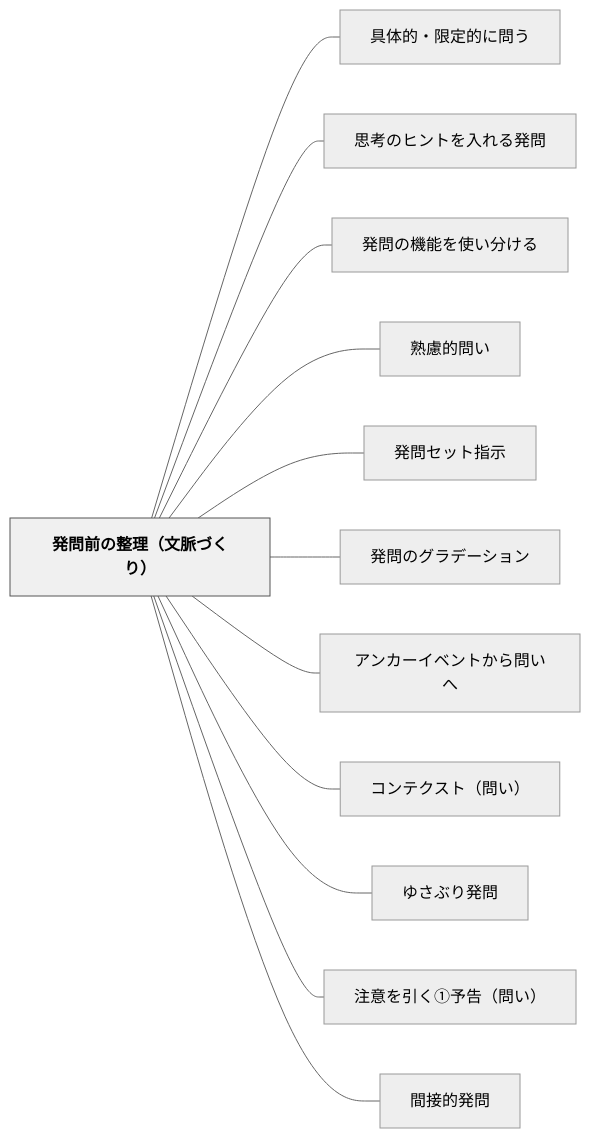
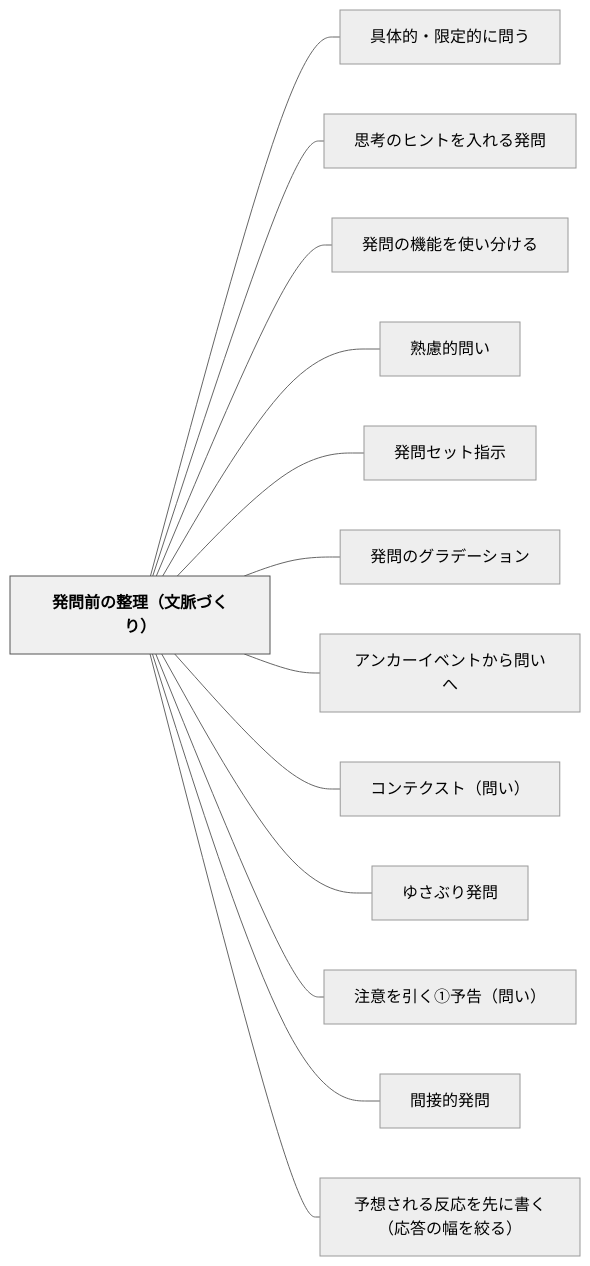
Before and after one commit to unknownthings-ed-patterns/unknownthings-ed-patterns: the diagram in content/パタン/発問前の整理（文脈づくり）.md, drawn with Mermaid (neutral theme). The commit also changed other lines of this file and 84 other files, not shown here.

````diff
--- a/content/パタン/発問前の整理（文脈づくり）.md
+++ b/content/パタン/発問前の整理（文脈づくり）.md
@@ -81,30 +83,32 @@
 ```mermaid
 flowchart LR
     ne799bae5958fe5898de381aee695b4e79086efbc88e69687e88488e381a5e3818fe3828aefbc89["発問前の整理（文脈づくり）"]
     ne585b7e4bd93e79a84e383bbe99990e5ae9ae79a84e381abe5958fe38186["具体的・限定的に問う"]
     ne6809de88083e381aee38392e383b3e38388e38292e585a5e3828ce3828be799bae5958f["思考のヒントを入れる発問"]
     ne799bae5958fe381aee6a99fe883bde38292e4bdbfe38184e58886e38191e3828b["発問の機能を使い分ける"]
     ne7869fe685aee79a84e5958fe38184["熟慮的問い"]
     ne799bae5958fe382bbe38383e38388e68c87e7a4ba["発問セット指示"]
     ne799bae5958fe381aee382b0e383a9e38387e383bce382b7e383a7e383b3["発問のグラデーション"]
     ne382a2e383b3e382abe383bce382a4e38399e383b3e38388e3818be38289e5958fe38184e381b8["アンカーイベントから問いへ"]
     ne382b3e383b3e38386e382afe382b9e38388efbc88e5958fe38184efbc89["コンテクスト（問い）"]
     ne38286e38195e381b6e3828ae799bae5958f["ゆさぶり発問"]
     ne6b3a8e6848fe38292e5bc95e3818fe291a0e4ba88e5918aefbc88e5958fe38184efbc89["注意を引く①予告（問い）"]
     ne99693e68ea5e79a84e799bae5958f["間接的発問"]
+    ne4ba88e683b3e38195e3828ce3828be58f8de5bf9ce38292e58588e381abe69bb8e3818fefbc88e5bf9ce7ad94e381aee5b985e38292e7b59ee3828befbc89["予想される反応を先に書く（応答の幅を絞る）"]
 
     ne799bae5958fe5898de381aee695b4e79086efbc88e69687e88488e381a5e3818fe3828aefbc89 --- ne585b7e4bd93e79a84e383bbe99990e5ae9ae79a84e381abe5958fe38186
     ne799bae5958fe5898de381aee695b4e79086efbc88e69687e88488e381a5e3818fe3828aefbc89 --- ne6809de88083e381aee38392e383b3e38388e38292e585a5e3828ce3828be799bae5958f
     ne799bae5958fe5898de381aee695b4e79086efbc88e69687e88488e381a5e3818fe3828aefbc89 --- ne799bae5958fe381aee6a99fe883bde38292e4bdbfe38184e58886e38191e3828b
     ne799bae5958fe5898de381aee695b4e79086efbc88e69687e88488e381a5e3818fe3828aefbc89 --- ne7869fe685aee79a84e5958fe38184
     ne799bae5958fe5898de381aee695b4e79086efbc88e69687e88488e381a5e3818fe3828aefbc89 --- ne799bae5958fe382bbe38383e38388e68c87e7a4ba
     ne799bae5958fe5898de381aee695b4e79086efbc88e69687e88488e381a5e3818fe3828aefbc89 --- ne799bae5958fe381aee382b0e383a9e38387e383bce382b7e383a7e383b3
     ne799bae5958fe5898de381aee695b4e79086efbc88e69687e88488e381a5e3818fe3828aefbc89 --- ne382a2e383b3e382abe383bce382a4e38399e383b3e38388e3818be38289e5958fe38184e381b8
     ne799bae5958fe5898de381aee695b4e79086efbc88e69687e88488e381a5e3818fe3828aefbc89 --- ne382b3e383b3e38386e382afe382b9e38388efbc88e5958fe38184efbc89
     ne799bae5958fe5898de381aee695b4e79086efbc88e69687e88488e381a5e3818fe3828aefbc89 --- ne38286e38195e381b6e3828ae799bae5958f
     ne799bae5958fe5898de381aee695b4e79086efbc88e69687e88488e381a5e3818fe3828aefbc89 --- ne6b3a8e6848fe38292e5bc95e3818fe291a0e4ba88e5918aefbc88e5958fe38184efbc89
     ne799bae5958fe5898de381aee695b4e79086efbc88e69687e88488e381a5e3818fe3828aefbc89 --- ne99693e68ea5e79a84e799bae5958f
+    ne799bae5958fe5898de381aee695b4e79086efbc88e69687e88488e381a5e3818fe3828aefbc89 --- ne4ba88e683b3e38195e3828ce3828be58f8de5bf9ce38292e58588e381abe69bb8e3818fefbc88e5bf9ce7ad94e381aee5b985e38292e7b59ee3828befbc89
 
     classDef hub fill:#f0f0f0,stroke:#555,color:#000,font-weight:bold
     class ne799bae5958fe5898de381aee695b4e79086efbc88e69687e88488e381a5e3818fe3828aefbc89 hub
 ```
````
